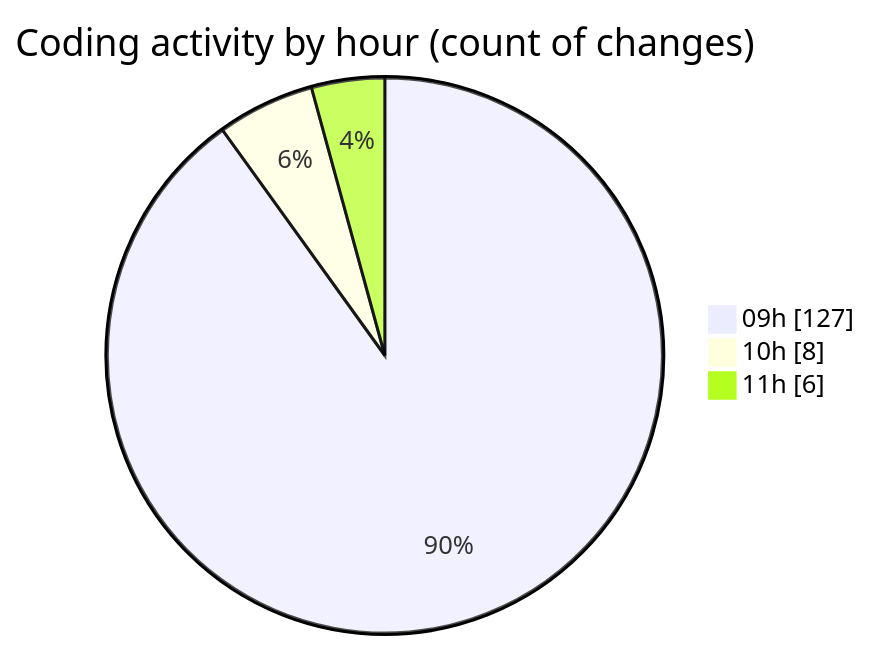
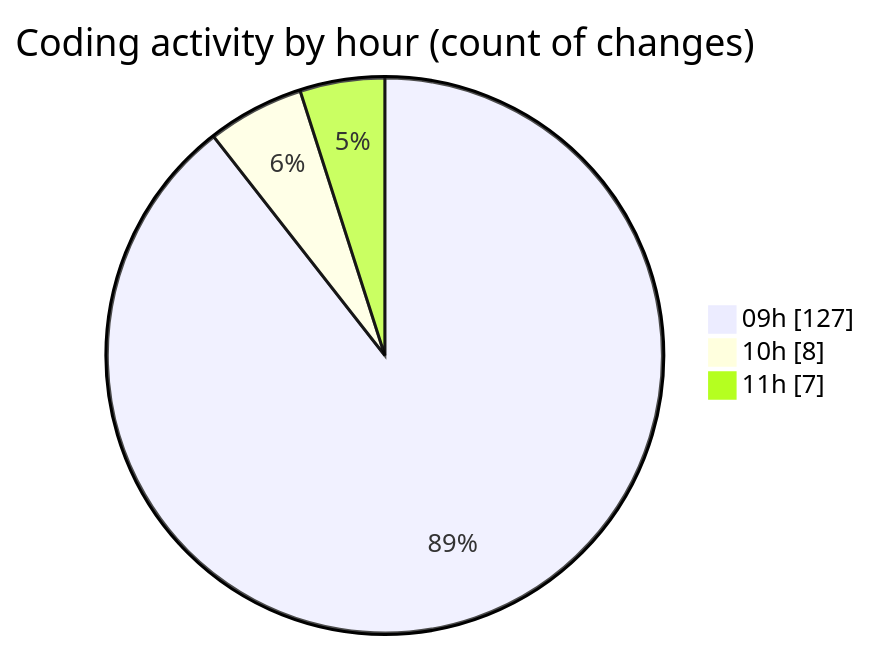
One commit to momahboobian/code-tracking changed the second of 2 diagrams in 2026-09-16/cda/README.md. Above: the diagram before and after it, drawn with Mermaid. The commit also changed other lines of this file and 1 other file, not shown here.

````diff
--- a/2026-09-16/cda/README.md
+++ b/2026-09-16/cda/README.md
@@ -72,7 +72,7 @@
 ```mermaid
 pie showData
 title Coding activity by hour (count of changes)
 "09h" : 127
 "10h" : 8
-"11h" : 6
+"11h" : 7
 ```
````
